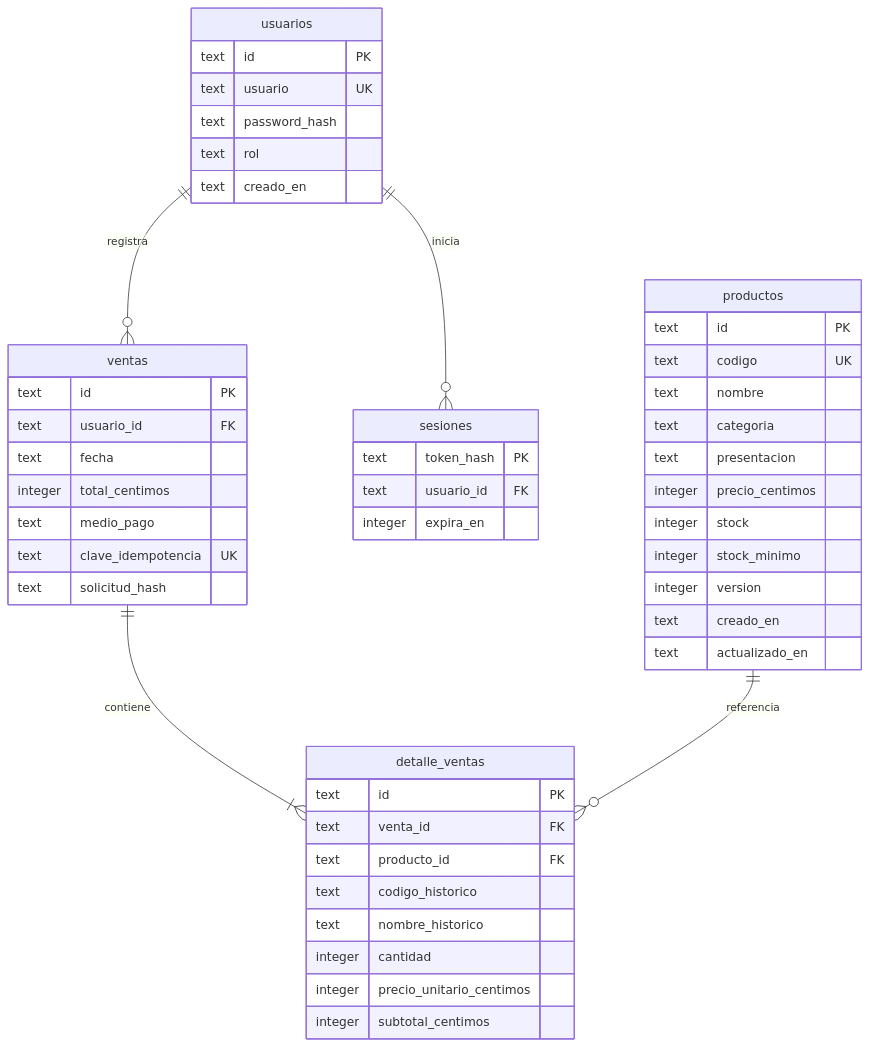
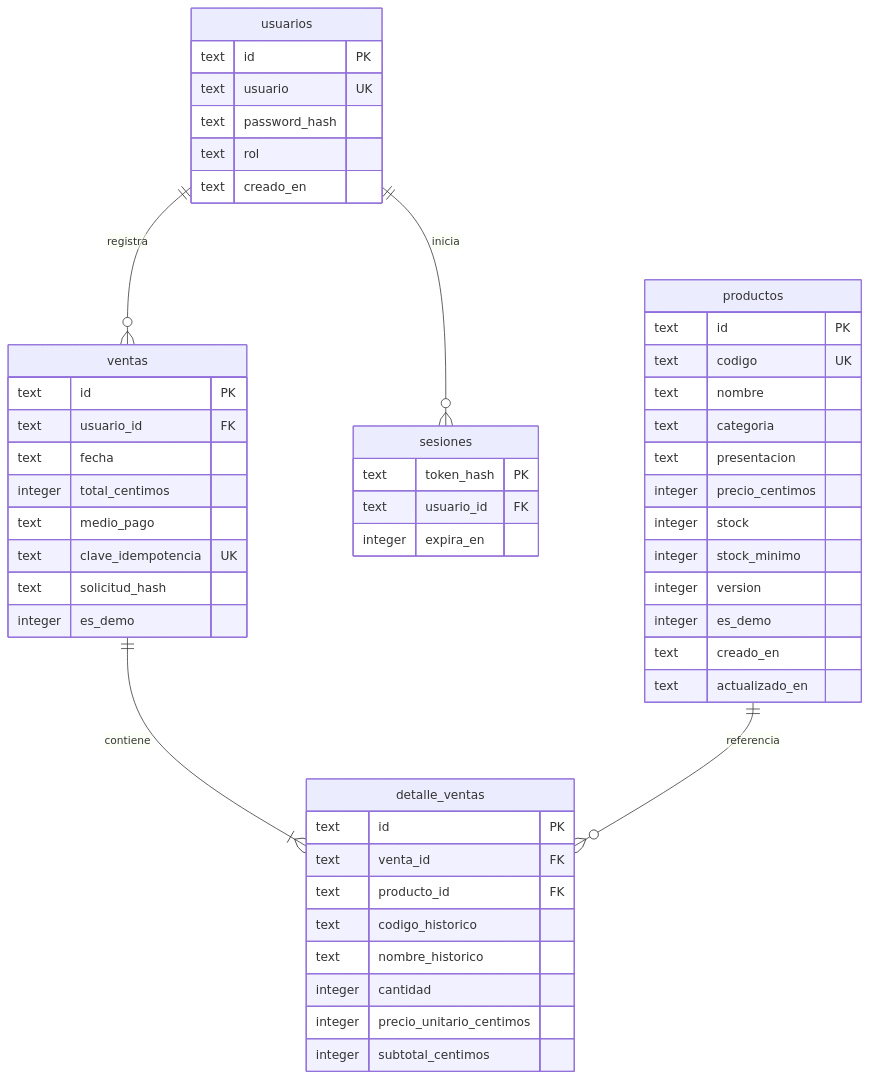
The second of 3 diagrams in docs/SENATI.md (sevenxfake-cmyk/NovaSalud), drawn with Mermaid before and after one commit. The commit also changed other lines of this file and 17 other files, not shown here.

````diff
--- a/docs/SENATI.md
+++ b/docs/SENATI.md
@@ -52,51 +52,53 @@
 ```mermaid
 erDiagram
   usuarios ||--o{ ventas : registra
   usuarios ||--o{ sesiones : inicia
   ventas ||--|{ detalle_ventas : contiene
   productos ||--o{ detalle_ventas : referencia
   usuarios {
     text id PK
     text usuario UK
     text password_hash
     text rol
     text creado_en
   }
   sesiones {
     text token_hash PK
     text usuario_id FK
     integer expira_en
   }
   productos {
     text id PK
     text codigo UK
     text nombre
     text categoria
     text presentacion
     integer precio_centimos
     integer stock
     integer stock_minimo
     integer version
+    integer es_demo
     text creado_en
     text actualizado_en
   }
   ventas {
     text id PK
     text usuario_id FK
     text fecha
     integer total_centimos
     text medio_pago
     text clave_idempotencia UK
     text solicitud_hash
+    integer es_demo
   }
   detalle_ventas {
     text id PK
     text venta_id FK
     text producto_id FK
     text codigo_historico
     text nombre_historico
     integer cantidad
     integer precio_unitario_centimos
     integer subtotal_centimos
   }
 ```
````
